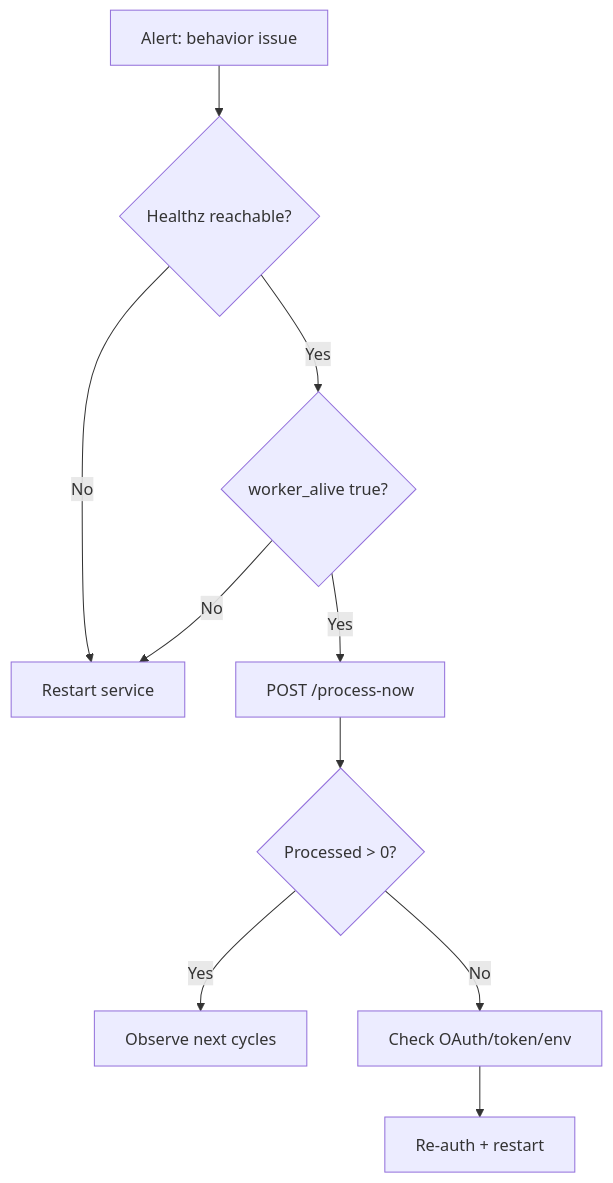
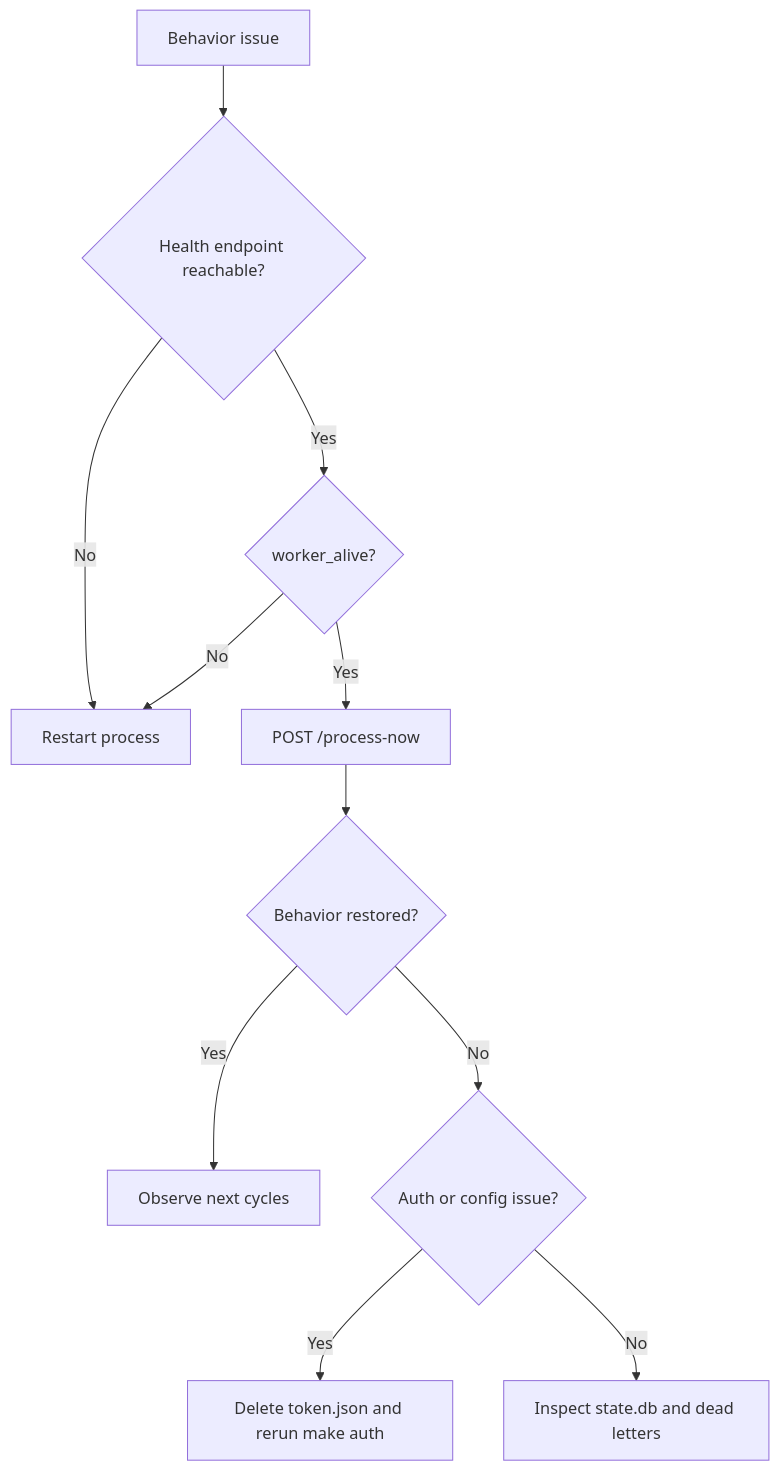
The second of 2 diagrams in docs/operations.md (LunarMothStudios/Canna-Mailroom), drawn with Mermaid before and after one commit. The commit also changed other lines of this file and 16 other files, not shown here.

````diff
--- a/docs/operations.md
+++ b/docs/operations.md
@@ -92,12 +208,13 @@
 ```mermaid
 flowchart TD
-    A[Alert: behavior issue] --> B{Healthz reachable?}
-    B -- No --> C[Restart service]
-    B -- Yes --> D{worker_alive true?}
-    D -- No --> C
-    D -- Yes --> E[POST /process-now]
-    E --> F{Processed > 0?}
-    F -- Yes --> G[Observe next cycles]
-    F -- No --> H[Check OAuth/token/env]
-    H --> I[Re-auth + restart]
+    Issue["Behavior issue"] --> Reachable{"Health endpoint reachable?"}
+    Reachable -- No --> Restart["Restart process"]
+    Reachable -- Yes --> Worker{"worker_alive?"}
+    Worker -- No --> Restart
+    Worker -- Yes --> Process["POST /process-now"]
+    Process --> Healthy{"Behavior restored?"}
+    Healthy -- Yes --> Observe["Observe next cycles"]
+    Healthy -- No --> Auth{"Auth or config issue?"}
+    Auth -- Yes --> Reauth["Delete token.json and rerun make auth"]
+    Auth -- No --> State["Inspect state.db and dead letters"]
 ```
````
